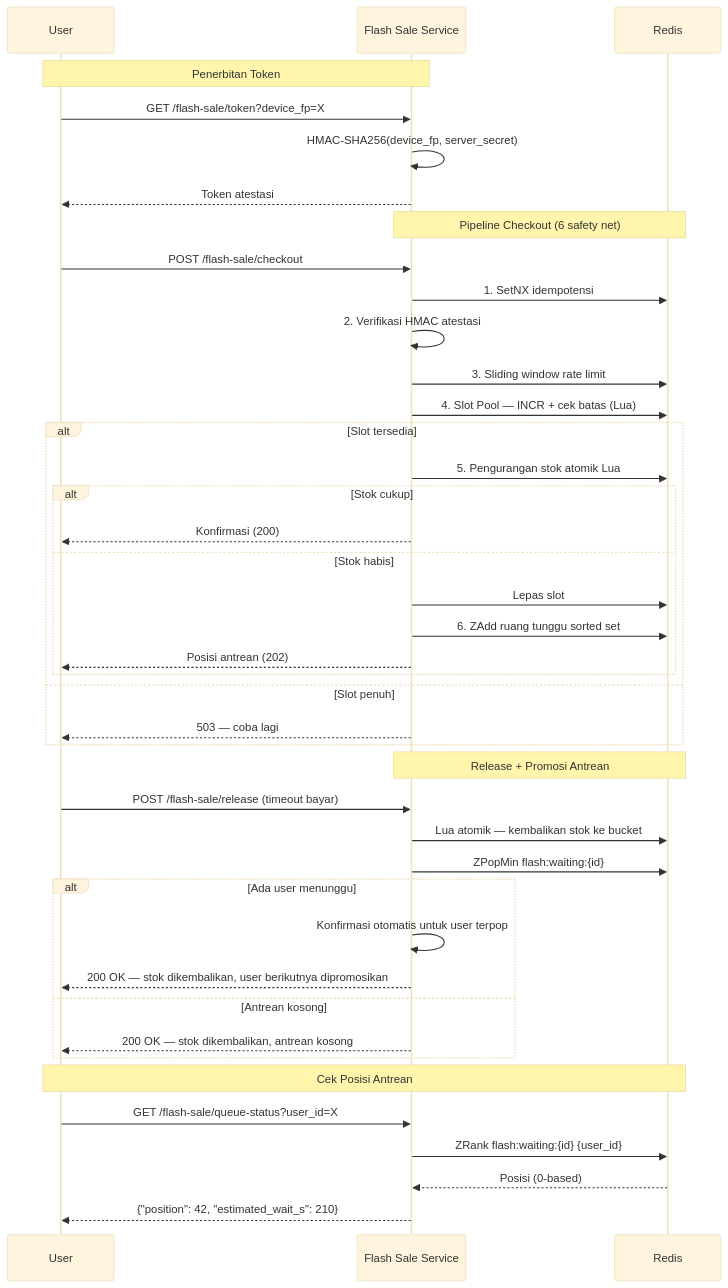
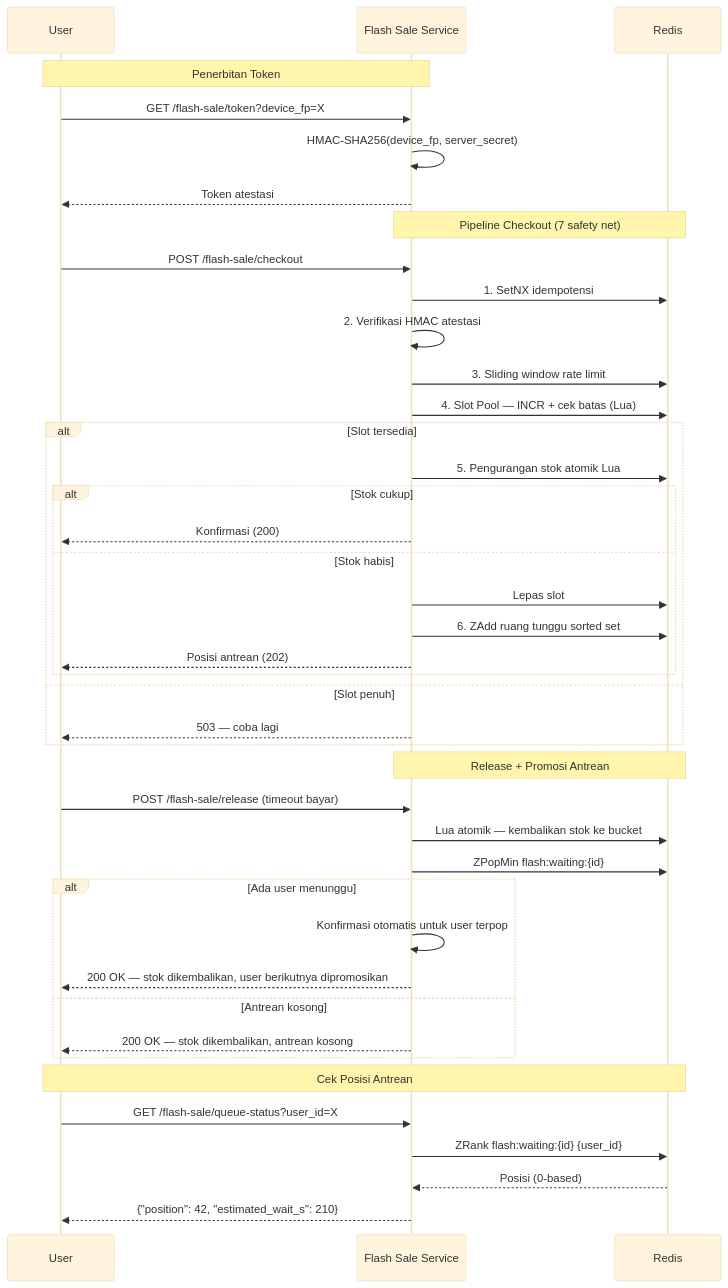
The first of 5 diagrams in book/id/08-qcommerce/flash-sale.md (faisalaffan/faisalaffan-design-system), drawn with Mermaid before and after one commit. The commit also changed other lines of this file and 6 other files, not shown here.

First line of the commit message:
feat(flash-sale): Lottery Pool — safety net #7

````diff
--- a/book/id/08-qcommerce/flash-sale.md
+++ b/book/id/08-qcommerce/flash-sale.md
@@ -15,48 +17,48 @@
 ```mermaid
 %%{init: {"theme": "base", "themeVariables": {"background": "#ffffff"}}}%%
 sequenceDiagram
     participant U as User
     participant FS as Flash Sale Service
     participant R as Redis
 
     Note over U,FS: Penerbitan Token
     U->>FS: GET /flash-sale/token?device_fp=X
     FS->>FS: HMAC-SHA256(device_fp, server_secret)
     FS-->>U: Token atestasi
 
-    Note over FS,R: Pipeline Checkout (6 safety net)
+    Note over FS,R: Pipeline Checkout (7 safety net)
     U->>FS: POST /flash-sale/checkout
     FS->>R: 1. SetNX idempotensi
     FS->>FS: 2. Verifikasi HMAC atestasi
     FS->>R: 3. Sliding window rate limit
     FS->>R: 4. Slot Pool — INCR + cek batas (Lua)
     alt Slot tersedia
         FS->>R: 5. Pengurangan stok atomik Lua
         alt Stok cukup
             FS-->>U: Konfirmasi (200)
         else Stok habis
             FS->>R: Lepas slot
             FS->>R: 6. ZAdd ruang tunggu sorted set
             FS-->>U: Posisi antrean (202)
         end
     else Slot penuh
         FS-->>U: 503 — coba lagi
     end
 
     Note over FS,R: Release + Promosi Antrean
     U->>FS: POST /flash-sale/release (timeout bayar)
     FS->>R: Lua atomik — kembalikan stok ke bucket
     FS->>R: ZPopMin flash:waiting:{id}
     alt Ada user menunggu
         FS->>FS: Konfirmasi otomatis untuk user terpop
         FS-->>U: 200 OK — stok dikembalikan, user berikutnya dipromosikan
     else Antrean kosong
         FS-->>U: 200 OK — stok dikembalikan, antrean kosong
     end
 
     Note over U,R: Cek Posisi Antrean
     U->>FS: GET /flash-sale/queue-status?user_id=X
     FS->>R: ZRank flash:waiting:{id} {user_id}
     R-->>FS: Posisi (0-based)
     FS-->>U: {"position": 42, "estimated_wait_s": 210}
 ```
````
